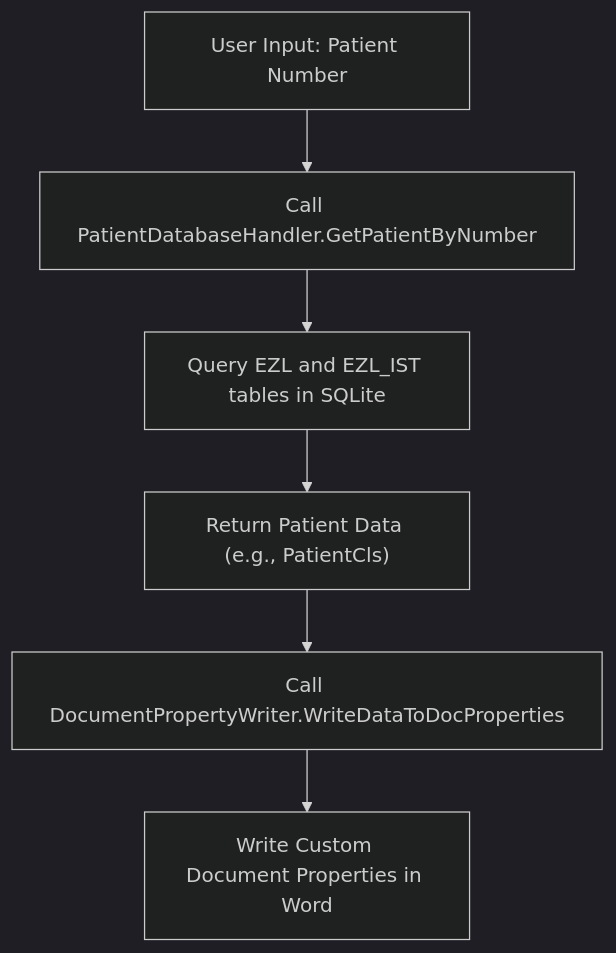
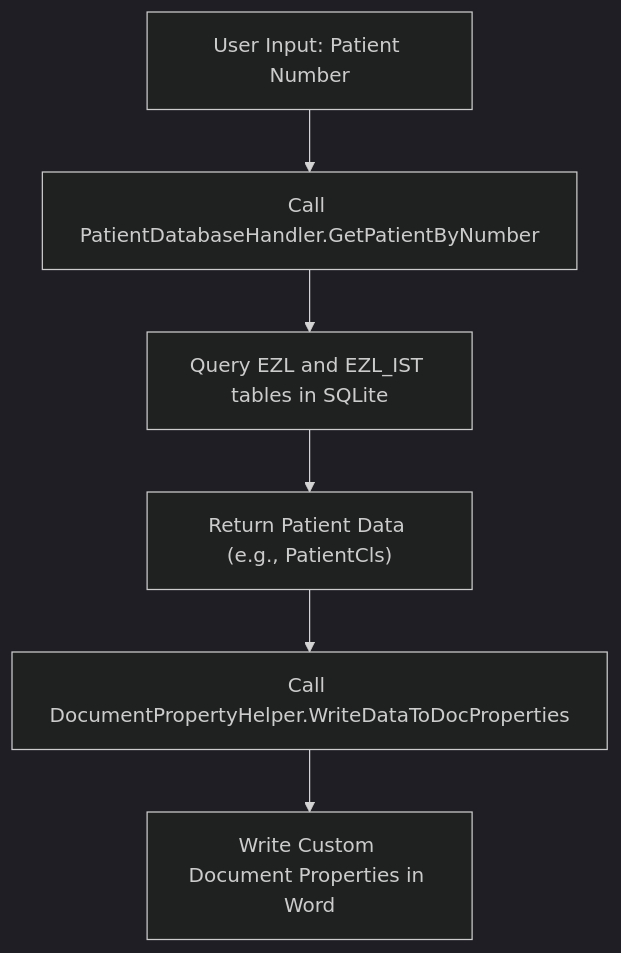
One commit to lundeen-bryan/EZLogger_SLN changed the diagram in .notes/Patient Data Flow.md. Above: the diagram before and after it, drawn with Mermaid (dark theme). The commit also changed other lines of this file and 10 other files, not shown here.

First line of the commit message:
build(ninetyday): Refactor document property management system

````diff
--- a/.notes/Patient Data Flow.md
+++ b/.notes/Patient Data Flow.md
@@ -18,8 +18,8 @@
 ```mermaid
 flowchart TD
     A[User Input: Patient Number] --> B[Call PatientDatabaseHandler.GetPatientByNumber]
     B --> C[Query EZL and EZL_IST tables in SQLite]
     C --> D["Return Patient Data (e.g., PatientCls)"]
-    D --> E[Call DocumentPropertyWriter.WriteDataToDocProperties]
+    D --> E[Call DocumentPropertyHelper.WriteDataToDocProperties]
     E --> F[Write Custom Document Properties in Word]
 ```
````
